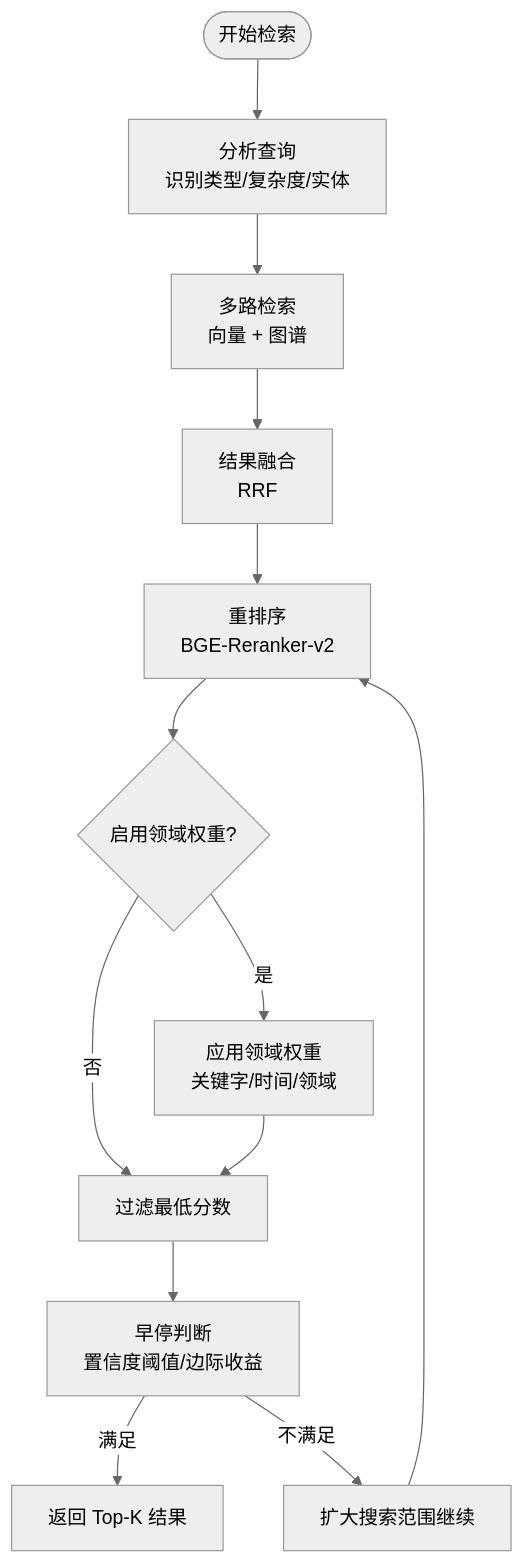
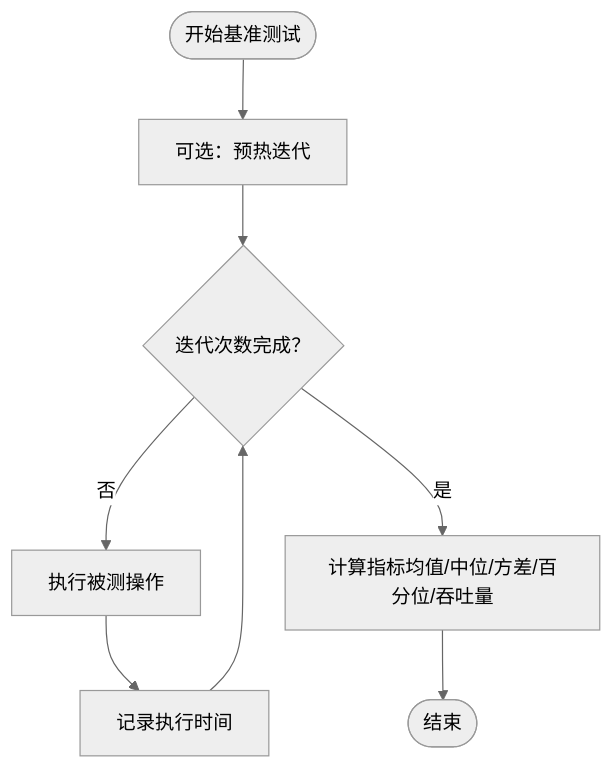
The fourth of 6 diagrams in .qoder/repowiki/zh/content/开发与测试/开发与测试.md (JieGaoPrinceton/NecoRAG), drawn with Mermaid (neutral theme) before and after one commit. The commit also changed other lines of this file and 181 other files, not shown here.

````diff
--- a/.qoder/repowiki/zh/content/开发与测试/开发与测试.md
+++ b/.qoder/repowiki/zh/content/开发与测试/开发与测试.md
@@ -313,15 +195,10 @@
 ```mermaid
 flowchart TD
-Start(["开始检索"]) --> QAnalyze["分析查询<br/>识别类型/复杂度/实体"]
-QAnalyze --> MultiSearch["多路检索<br/>向量 + 图谱"]
-MultiSearch --> Fusion["结果融合<br/>RRF"]
-Fusion --> Rerank["重排序<br/>BGE-Reranker-v2"]
-Rerank --> DomainWeight{"启用领域权重?"}
-DomainWeight --> |是| ApplyDW["应用领域权重<br/>关键字/时间/领域"]
-DomainWeight --> |否| FilterMin["过滤最低分数"]
-ApplyDW --> FilterMin
-FilterMin --> EarlyTerm["早停判断<br/>置信度阈值/边际收益"]
-EarlyTerm --> |满足| ReturnTopK["返回 Top-K 结果"]
-EarlyTerm --> |不满足| Expand["扩大搜索范围继续"]
-Expand --> Rerank
+Start(["开始基准测试"]) --> Warmup["可选：预热迭代"]
+Warmup --> Loop{"迭代次数完成？"}
+Loop --> |否| Exec["执行被测操作"]
+Exec --> Record["记录执行时间"]
+Record --> Loop
+Loop --> |是| Metrics["计算指标均值/中位/方差/百分位/吞吐量"]
+Metrics --> End(["结束"])
 ```
````
